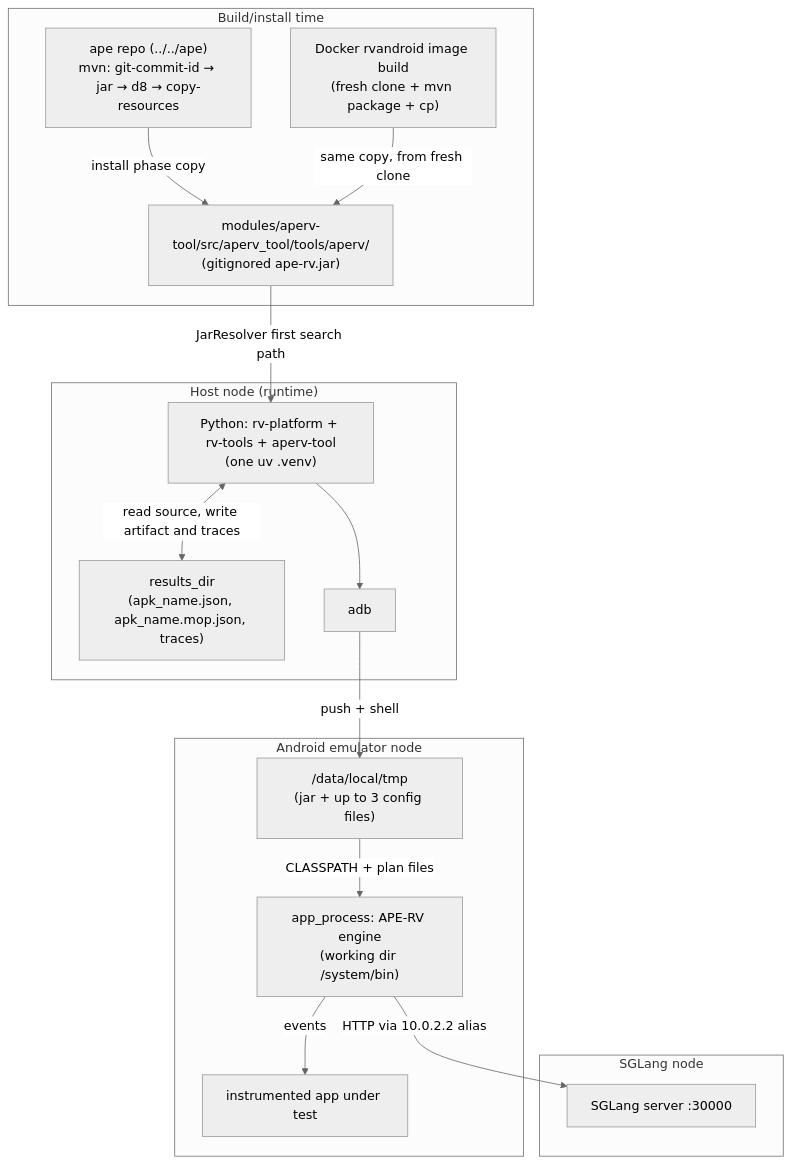
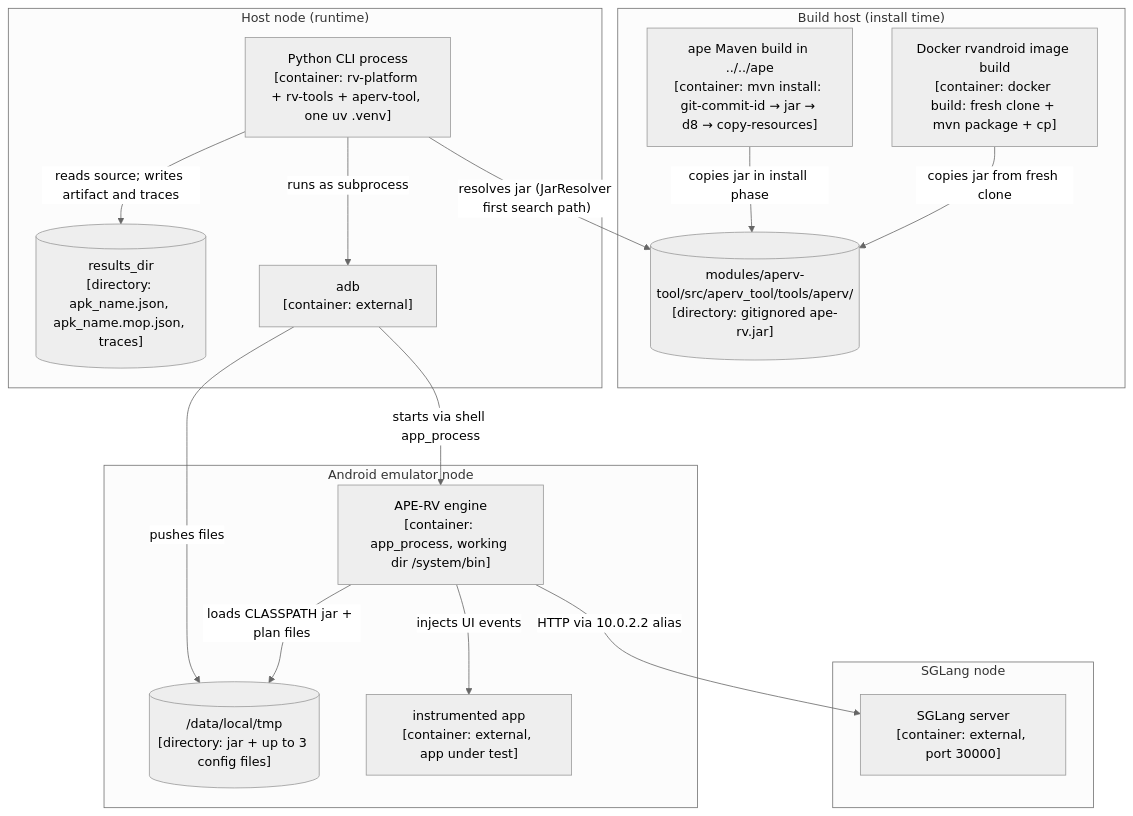
Before and after one commit to PAMunb/rvsec: the sixth of 6 diagrams in rv-android/docs/architecture/ape-rv.md, drawn with Mermaid. The commit also changed other lines of this file and 7 other files, not shown here.

````diff
--- a/rv-android/docs/architecture/ape-rv.md
+++ b/rv-android/docs/architecture/ape-rv.md
@@ -1213,32 +1310,35 @@
 ```mermaid
 %%{init: {'theme': 'neutral'}}%%
 flowchart TB
-    subgraph buildtime ["Build/install time"]
-        aperepo3["ape repo (../../ape)<br/>mvn: git-commit-id → jar → d8 → copy-resources"]
-        dockerimg["Docker rvandroid image build<br/>(fresh clone + mvn package + cp)"]
-        pkgdir["modules/aperv-tool/src/aperv_tool/tools/aperv/<br/>(gitignored ape-rv.jar)"]
+    %% Source: ../../ape/pom.xml, docker/rvandroid/Dockerfile, docker/rvandroid/docker-entrypoint.sh, modules/aperv-tool/src/aperv_tool/tools/aperv/tool.py, modules/rv-android-core/src/rv_android_core/util/jar_resolver.py
+    %% Omitted: the socat bridge of the container deployment (described in the element catalog); the logcat stream (see Diagram 4)
+    subgraph buildtime ["Build host (install time)"]
+        aperepo3["ape Maven build in ../../ape<br/>[container: mvn install: git-commit-id → jar → d8 → copy-resources]"]
+        dockerimg["Docker rvandroid image build<br/>[container: docker build: fresh clone + mvn package + cp]"]
+        pkgdir[("modules/aperv-tool/src/aperv_tool/tools/aperv/<br/>[directory: gitignored ape-rv.jar]")]
     end
     subgraph hostnode ["Host node (runtime)"]
-        pyside["Python: rv-platform + rv-tools + aperv-tool<br/>(one uv .venv)"]
-        resultsdir["results_dir<br/>(apk_name.json, apk_name.mop.json, traces)"]
-        adb["adb"]
+        pyside["Python CLI process<br/>[container: rv-platform + rv-tools + aperv-tool, one uv .venv]"]
+        resultsdir[("results_dir<br/>[directory: apk_name.json, apk_name.mop.json, traces]")]
+        adb["adb<br/>[container: external]"]
     end
     subgraph emunode ["Android emulator node"]
-        tmp["/data/local/tmp<br/>(jar + up to 3 config files)"]
-        proc["app_process: APE-RV engine<br/>(working dir /system/bin)"]
-        apps["instrumented app under test"]
+        tmp[("/data/local/tmp<br/>[directory: jar + up to 3 config files]")]
+        proc["APE-RV engine<br/>[container: app_process, working dir /system/bin]"]
+        apps["instrumented app<br/>[container: external, app under test]"]
     end
     subgraph llmnode ["SGLang node"]
-        sgl["SGLang server :30000"]
+        sgl["SGLang server<br/>[container: external, port 30000]"]
     end
 
-    aperepo3 -->|"install phase copy"| pkgdir
-    dockerimg -->|"same copy, from fresh clone"| pkgdir
-    pkgdir -->|"JarResolver first search path"| pyside
-    pyside <-->|"read source, write artifact and traces"| resultsdir
-    pyside --> adb
-    adb -->|"push + shell"| tmp
-    tmp -->|"CLASSPATH + plan files"| proc
-    proc -->|"events"| apps
+    aperepo3 -->|"copies jar in install phase"| pkgdir
+    dockerimg -->|"copies jar from fresh clone"| pkgdir
+    pyside -->|"resolves jar (JarResolver first search path)"| pkgdir
+    pyside -->|"reads source; writes artifact and traces"| resultsdir
+    pyside -->|"runs as subprocess"| adb
+    adb -->|"pushes files"| tmp
+    adb -->|"starts via shell app_process"| proc
+    proc -->|"loads CLASSPATH jar + plan files"| tmp
+    proc -->|"injects UI events"| apps
     proc -->|"HTTP via 10.0.2.2 alias"| sgl
 ```
````
